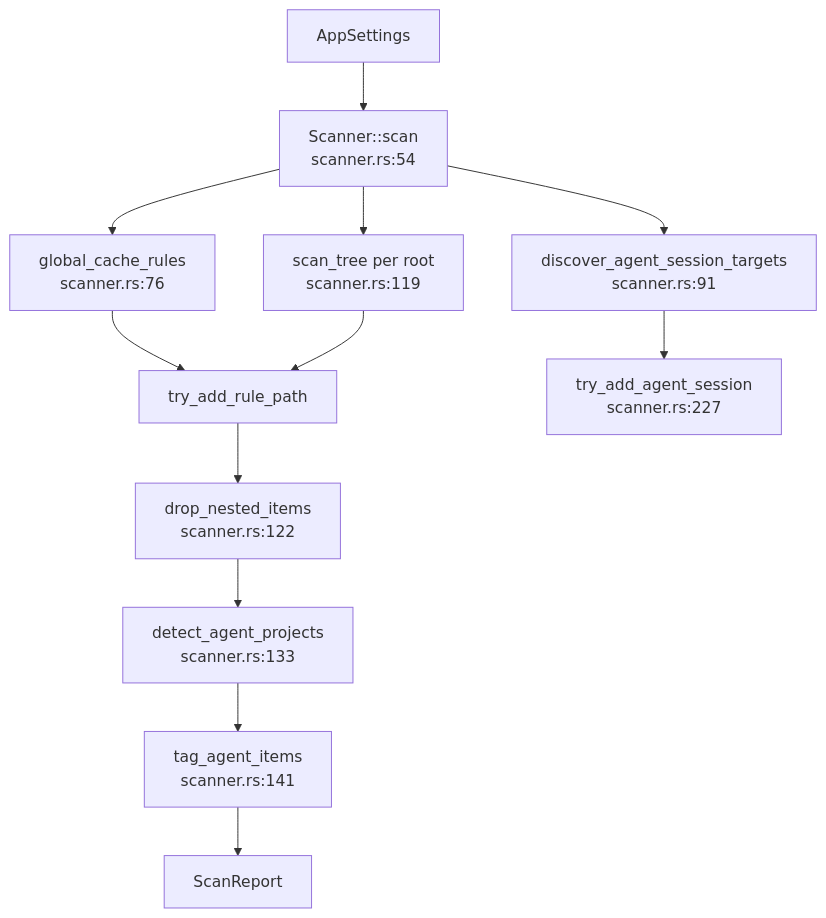
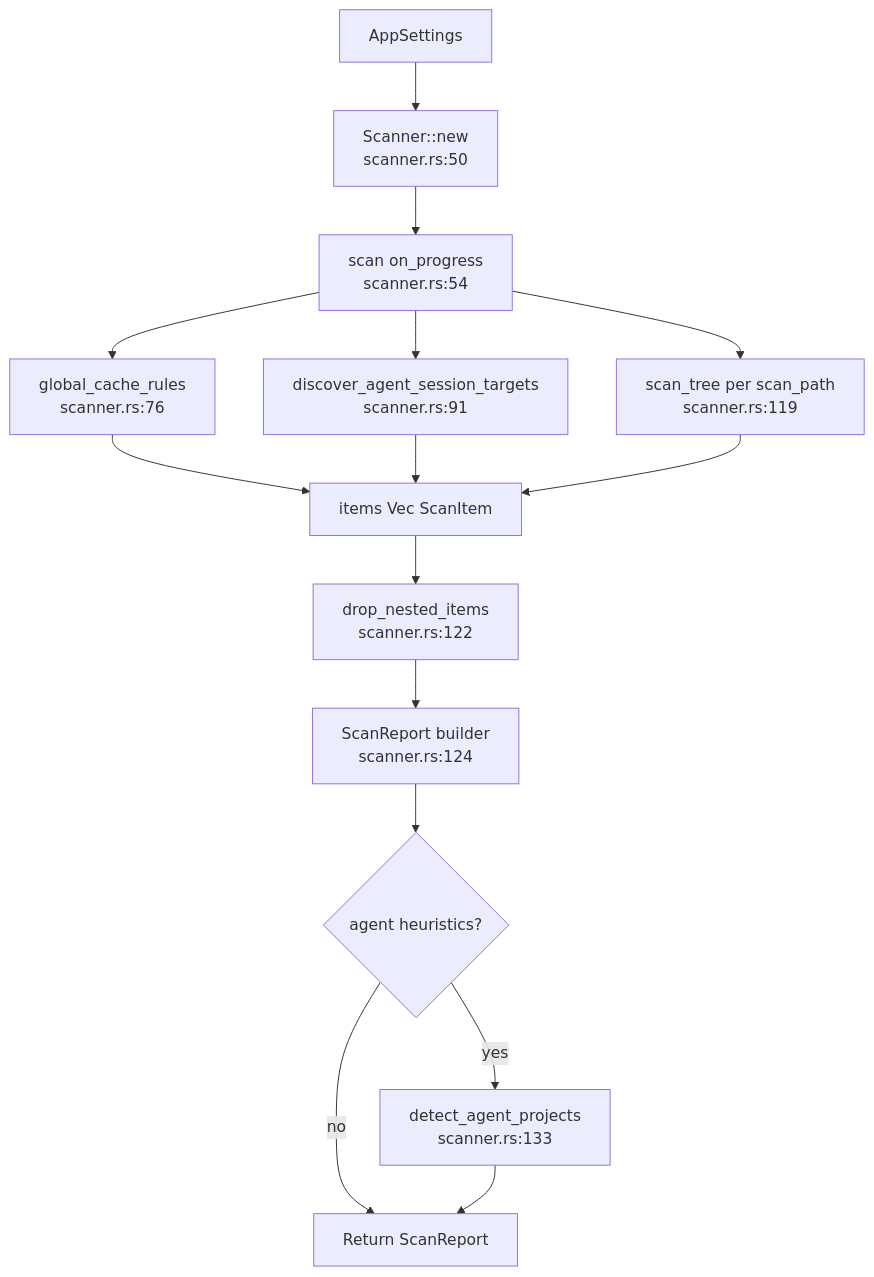
One commit to sopaco/CLV3000-Plus changed the diagram in .terrain/human/4.Deep-Exploration/scanner.md. Above: the diagram before and after it, drawn with Mermaid. The commit also changed other lines of this file and 14 other files, not shown here.

````diff
--- a/.terrain/human/4.Deep-Exploration/scanner.md
+++ b/.terrain/human/4.Deep-Exploration/scanner.md
@@ -49,14 +52,17 @@
 ```mermaid
 flowchart TD
-    A["AppSettings"] --> B["Scanner::scan<br/>scanner.rs:54"]
-    B --> C["global_cache_rules<br/>scanner.rs:76"]
-    B --> D["discover_agent_session_targets<br/>scanner.rs:91"]
-    B --> E["scan_tree per root<br/>scanner.rs:119"]
-    C --> F["try_add_rule_path"]
-    D --> G["try_add_agent_session<br/>scanner.rs:227"]
-    E --> F
-    F --> H["drop_nested_items<br/>scanner.rs:122"]
-    H --> I["detect_agent_projects<br/>scanner.rs:133"]
-    I --> J["tag_agent_items<br/>scanner.rs:141"]
-    J --> K["ScanReport"]
+    A["AppSettings"] --> B["Scanner::new<br/>scanner.rs:50"]
+    B --> C["scan on_progress<br/>scanner.rs:54"]
+    C --> D["global_cache_rules<br/>scanner.rs:76"]
+    C --> E["discover_agent_session_targets<br/>scanner.rs:91"]
+    C --> F["scan_tree per scan_path<br/>scanner.rs:119"]
+    D --> G["items Vec ScanItem"]
+    E --> G
+    F --> G
+    G --> H["drop_nested_items<br/>scanner.rs:122"]
+    H --> I["ScanReport builder<br/>scanner.rs:124"]
+    I --> J{"agent heuristics?"}
+    J -->|yes| K["detect_agent_projects<br/>scanner.rs:133"]
+    J -->|no| L["Return ScanReport"]
+    K --> L
 ```
````
